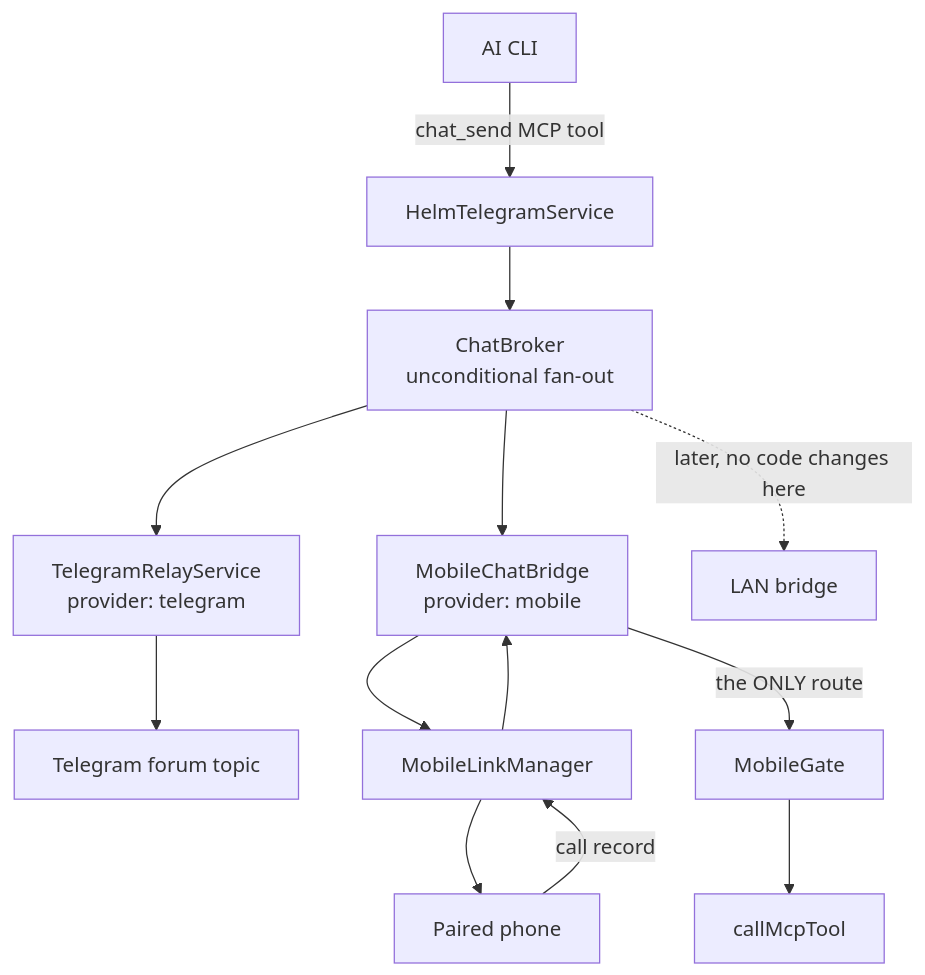
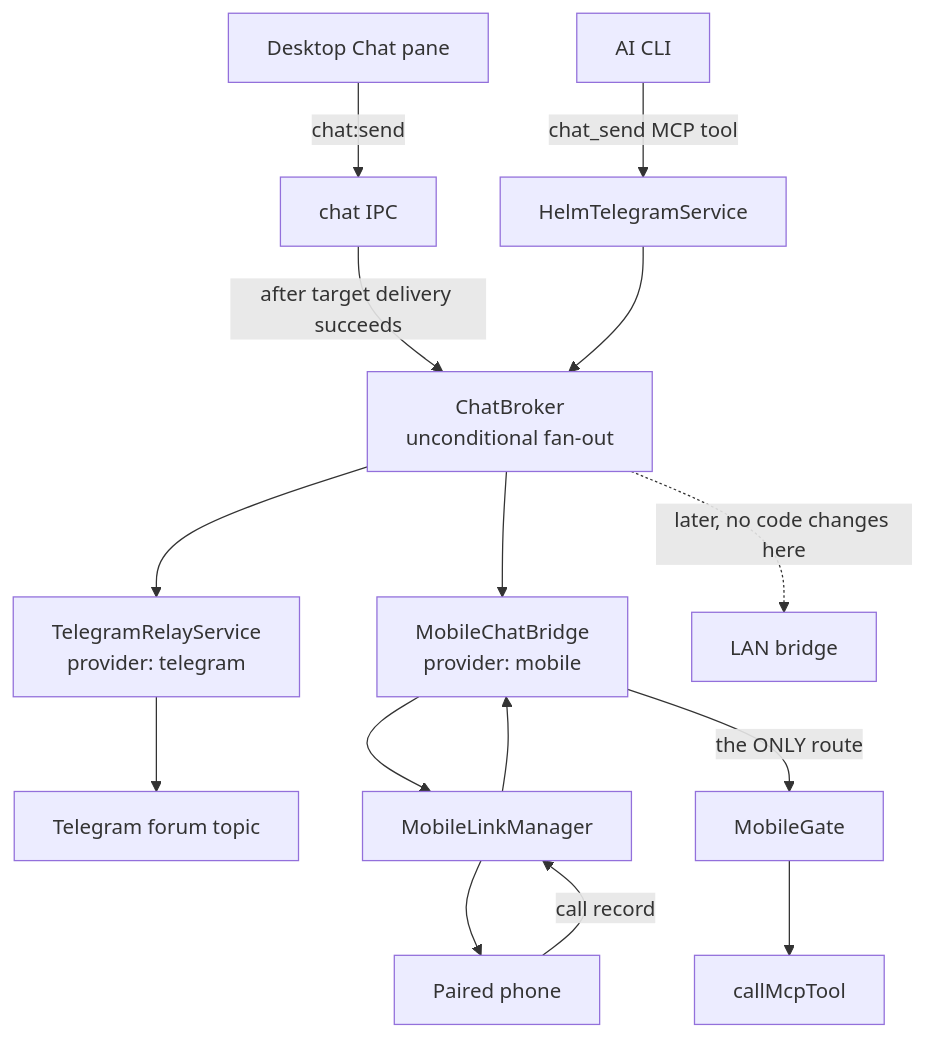
Before and after one commit to PetePeter/helm: the first of 7 diagrams in docs/chat-fan-out.md, drawn with Mermaid. The commit also changed other lines of this file and 6 other files, not shown here.

Commit message:
docs(chat): document the desktop Chat pane and retire the operator overlay

````diff
--- a/docs/chat-fan-out.md
+++ b/docs/chat-fan-out.md
@@ -18,13 +20,15 @@
 ```mermaid
 graph TB
+    DESK[Desktop Chat pane] -->|chat:send| IPC[chat IPC]
+    IPC -->|after target delivery succeeds| BROKER
     CLI[AI CLI] -->|chat_send MCP tool| SVC[HelmTelegramService]
     SVC --> BROKER[ChatBroker<br/>unconditional fan-out]
     BROKER --> TG[TelegramRelayService<br/>provider: telegram]
     BROKER --> MOB[MobileChatBridge<br/>provider: mobile]
     BROKER -.->|later, no code changes here| LAN[LAN bridge]
     TG --> TOPIC[Telegram forum topic]
     MOB --> LINK[MobileLinkManager] --> PHONE[Paired phone]
 
     PHONE -->|call record| LINK --> MOB
     MOB -->|"the ONLY route"| GATE[MobileGate] --> MCP[callMcpTool]
 ```
````
